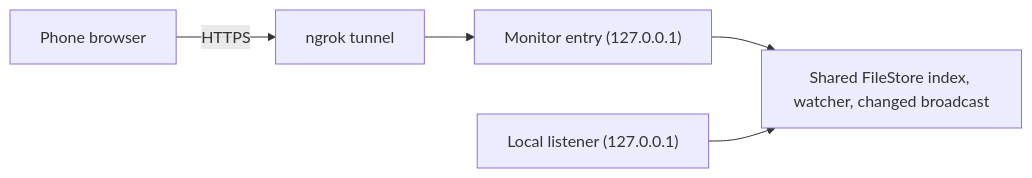
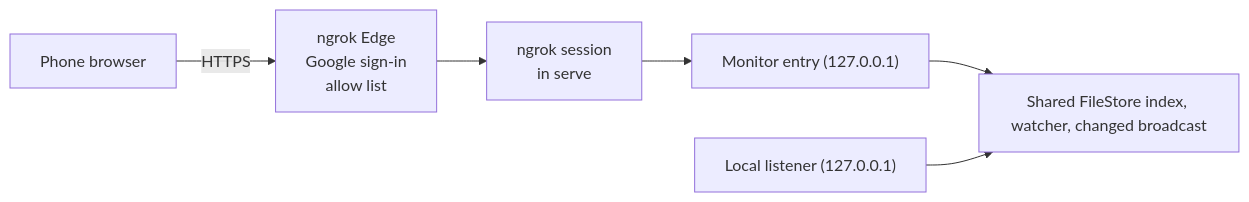
The diagram in docs/dev/concepts/remote-access.md (FooQoo/agent-board), drawn with Mermaid before and after one commit. The commit also changed other lines of this file and 27 other files, not shown here.

````diff
--- a/docs/dev/concepts/remote-access.md
+++ b/docs/dev/concepts/remote-access.md
@@ -7,7 +7,8 @@
 ```mermaid
 flowchart LR
-    Phone["Phone browser"] -->|HTTPS| Tunnel["ngrok tunnel"]
+    Phone["Phone browser"] -->|HTTPS| Edge["ngrok Edge<br/>Google sign-in<br/>allow list"]
+    Edge --> Tunnel["ngrok session<br/>in serve"]
     Tunnel --> Entry["Monitor entry (127.0.0.1)"]
     Entry --> Shared["Shared FileStore index, watcher, changed broadcast"]
     LL["Local listener (127.0.0.1)"] --> Shared
 ```
````
